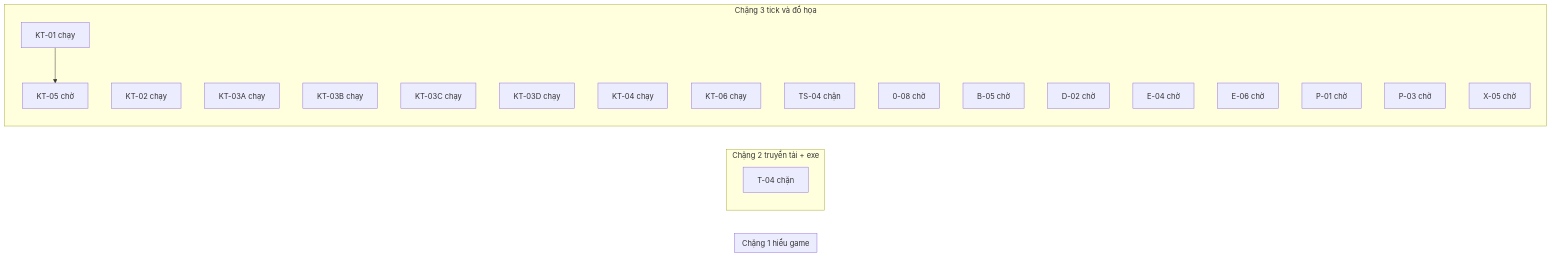
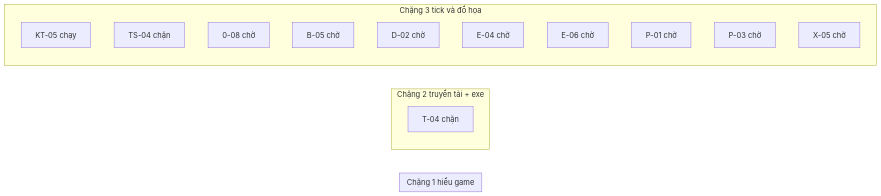
The diagram in JX1_OPS/STATE/TIEN-DO.md (ndtangoss-dev/jx1-reports), drawn with Mermaid before and after one commit. The commit also changed other lines of this file and 4 other files, not shown here.

````diff
--- a/JX1_OPS/STATE/TIEN-DO.md
+++ b/JX1_OPS/STATE/TIEN-DO.md
@@ -9,29 +9,20 @@
 ```mermaid
 flowchart LR
   subgraph S1["Chặng 1 hiểu game"]
   end
   subgraph S2["Chặng 2 truyền tải + exe"]
     T_04["T-04 chặn"]
   end
   subgraph S3["Chặng 3 tick và đồ họa"]
-    KT_01["KT-01 chạy"]
-    KT_02["KT-02 chạy"]
-    KT_03A["KT-03A chạy"]
-    KT_03B["KT-03B chạy"]
-    KT_03C["KT-03C chạy"]
-    KT_03D["KT-03D chạy"]
-    KT_04["KT-04 chạy"]
-    KT_06["KT-06 chạy"]
+    KT_05["KT-05 chạy"]
     TS_04["TS-04 chặn"]
     0_08["0-08 chờ"]
     B_05["B-05 chờ"]
     D_02["D-02 chờ"]
     E_04["E-04 chờ"]
     E_06["E-06 chờ"]
-    KT_05["KT-05 chờ"]
     P_01["P-01 chờ"]
     P_03["P-03 chờ"]
     X_05["X-05 chờ"]
   end
-  KT_01 --> KT_05
 ```
````
